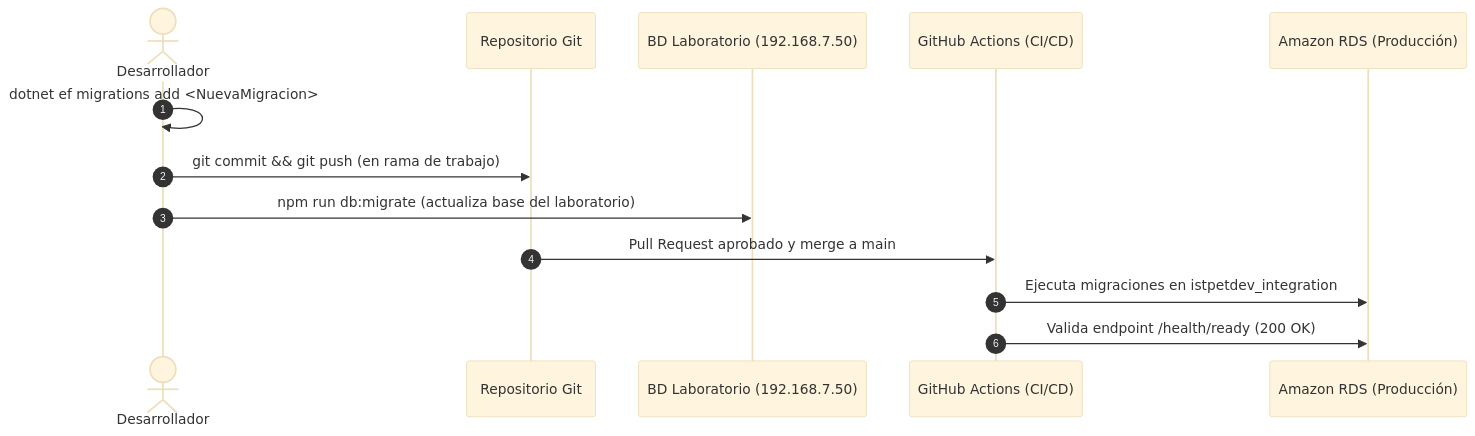
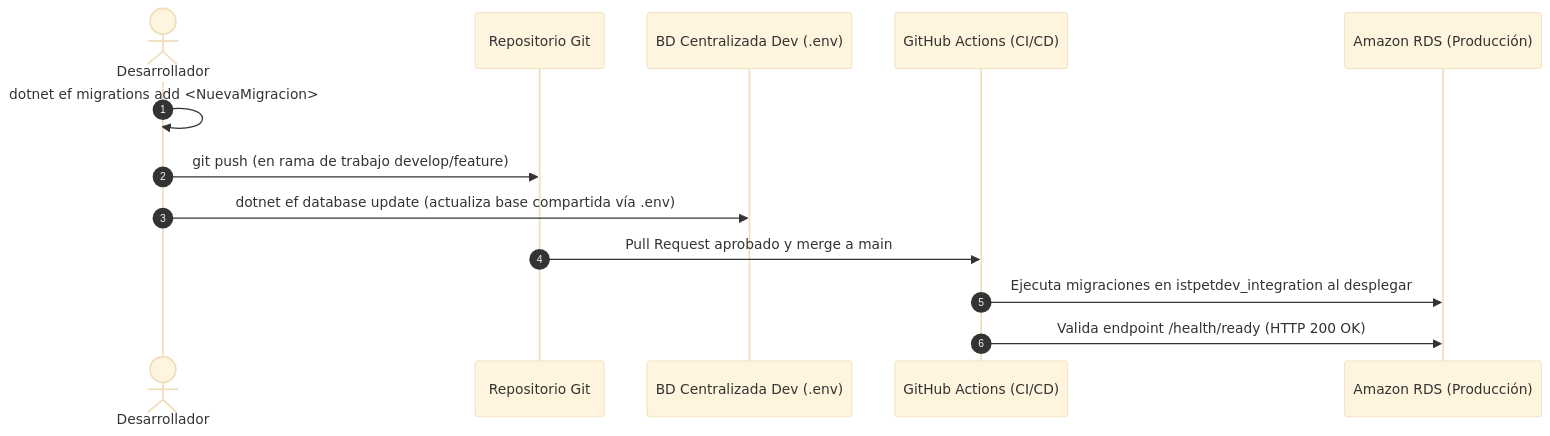
One commit to bryancito1090/istpetdev-platform changed the second of 2 diagrams in docs/boveda/03 Arquitectura/Estrategia de tres entornos y base de datos.md. Above: the diagram before and after it, drawn with Mermaid (base theme). The commit also changed other lines of this file and 20 other files, not shown here.

````diff
--- a/docs/boveda/03 Arquitectura/Estrategia de tres entornos y base de datos.md
+++ b/docs/boveda/03 Arquitectura/Estrategia de tres entornos y base de datos.md
@@ -163,16 +140,16 @@
 ```mermaid
 sequenceDiagram
     autonumber
     actor Dev as Desarrollador
     participant Git as Repositorio Git
-    participant Lab as BD Laboratorio (192.168.7.50)
+    participant EC2Dev as BD Centralizada Dev (.env)
     participant CI as GitHub Actions (CI/CD)
     participant RDS as Amazon RDS (Producción)
 
     Dev->>Dev: dotnet ef migrations add <NuevaMigracion>
-    Dev->>Git: git commit && git push (en rama de trabajo)
-    Dev->>Lab: npm run db:migrate (actualiza base del laboratorio)
+    Dev->>Git: git push (en rama de trabajo develop/feature)
+    Dev->>EC2Dev: dotnet ef database update (actualiza base compartida vía .env)
     Git->>CI: Pull Request aprobado y merge a main
-    CI->>RDS: Ejecuta migraciones en istpetdev_integration
-    CI->>RDS: Valida endpoint /health/ready (200 OK)
+    CI->>RDS: Ejecuta migraciones en istpetdev_integration al desplegar
+    CI->>RDS: Valida endpoint /health/ready (HTTP 200 OK)
 ```
````
